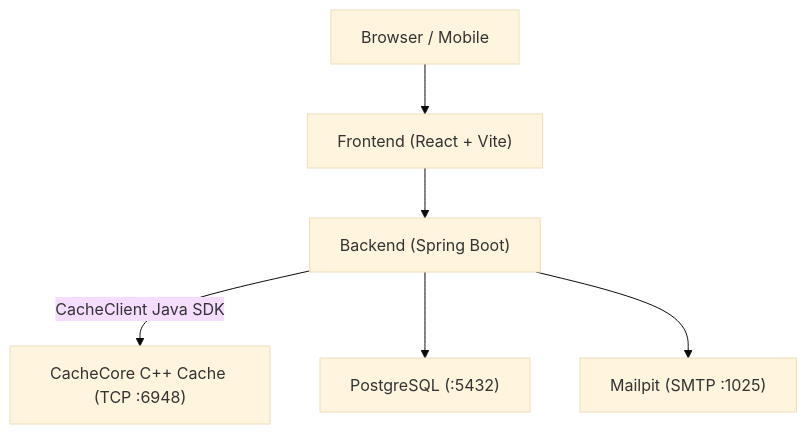
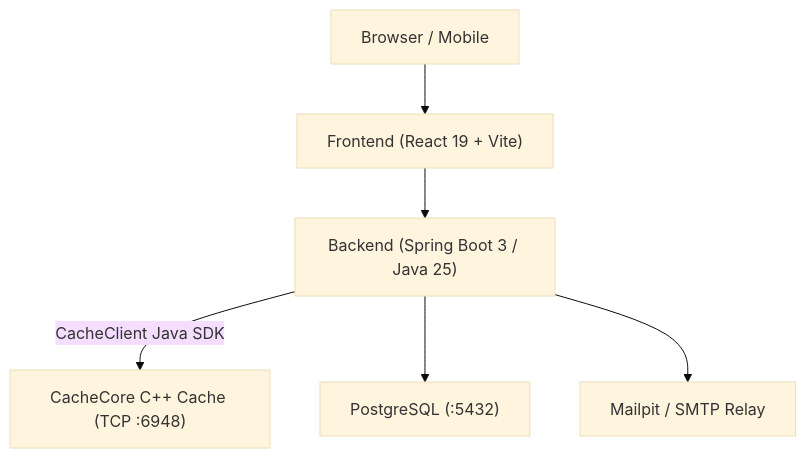
Before and after one commit to guru-jadhav/atomurl: the diagram in README.md, drawn with Mermaid (base theme). The commit also changed other lines of this file and 19 other files, not shown here.

````diff
--- a/README.md
+++ b/README.md
@@ -17,8 +17,8 @@
 ```mermaid
 flowchart TD
-    Client["Browser / Mobile"] --> Frontend["Frontend (React + Vite)"]
-    Frontend --> Backend["Backend (Spring Boot)"]
+    Client["Browser / Mobile"] --> Frontend["Frontend (React 19 + Vite)"]
+    Frontend --> Backend["Backend (Spring Boot 3 / Java 25)"]
     Backend -->|CacheClient Java SDK| CacheCore["CacheCore C++ Cache (TCP :6948)"]
     Backend --> Postgres["PostgreSQL (:5432)"]
-    Backend --> Mailpit["Mailpit (SMTP :1025)"]
+    Backend --> Mailpit["Mailpit / SMTP Relay"]
 ```
````
